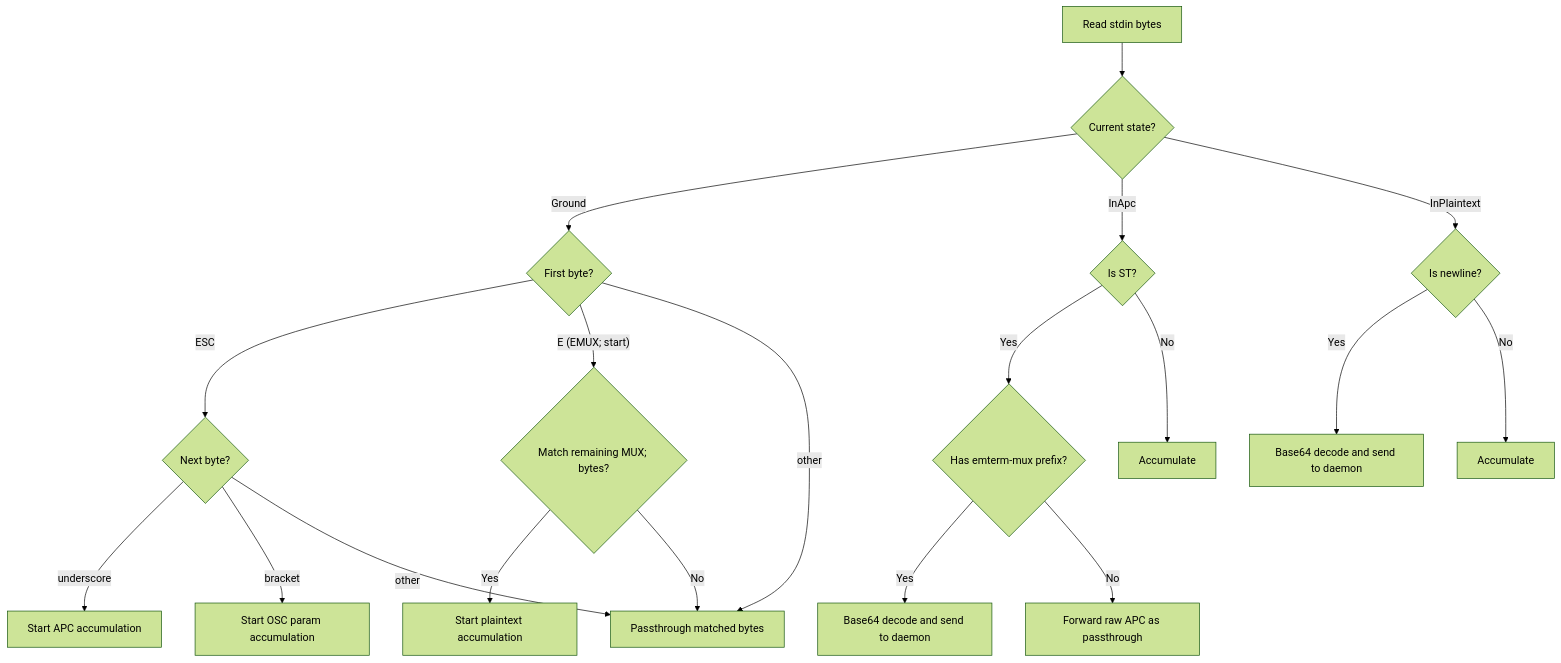
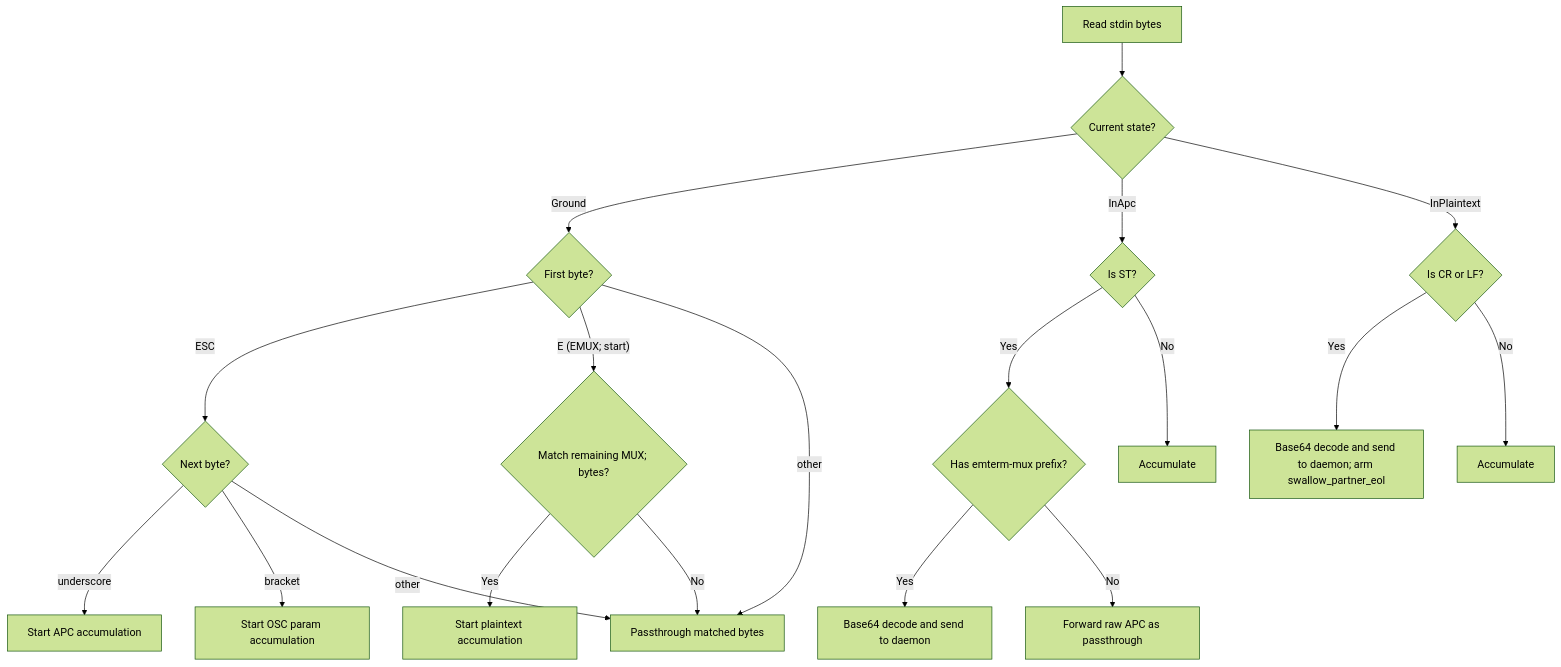
One commit to m-m-n/emterm changed the fourth of 4 diagrams in doc/tasks/mux-inband-protocol/SPEC.md. Above: the diagram before and after it, drawn with Mermaid (forest theme). The commit also changed other lines of this file and 3 other files, not shown here.

````diff
--- a/doc/tasks/mux-inband-protocol/SPEC.md
+++ b/doc/tasks/mux-inband-protocol/SPEC.md
@@ -241,21 +251,21 @@
 ```mermaid
 flowchart TD
     A[Read stdin bytes] --> B{Current state?}
     B -->|Ground| C{First byte?}
     C -->|ESC| D{Next byte?}
     D -->|underscore| E[Start APC accumulation]
     D -->|bracket| F[Start OSC param accumulation]
     D -->|other| G[Passthrough]
     C -->|"E (EMUX; start)"| H{Match remaining MUX; bytes?}
     H -->|Yes| I[Start plaintext accumulation]
     H -->|No| G[Passthrough matched bytes]
     C -->|other| G
     B -->|InApc| J{Is ST?}
     J -->|Yes| K{Has emterm-mux prefix?}
     K -->|Yes| L[Base64 decode and send to daemon]
     K -->|No| M[Forward raw APC as passthrough]
     J -->|No| N[Accumulate]
-    B -->|InPlaintext| O{Is newline?}
-    O -->|Yes| P[Base64 decode and send to daemon]
+    B -->|InPlaintext| O{Is CR or LF?}
+    O -->|Yes| P[Base64 decode and send to daemon; arm swallow_partner_eol]
     O -->|No| Q[Accumulate]
 ```
````
